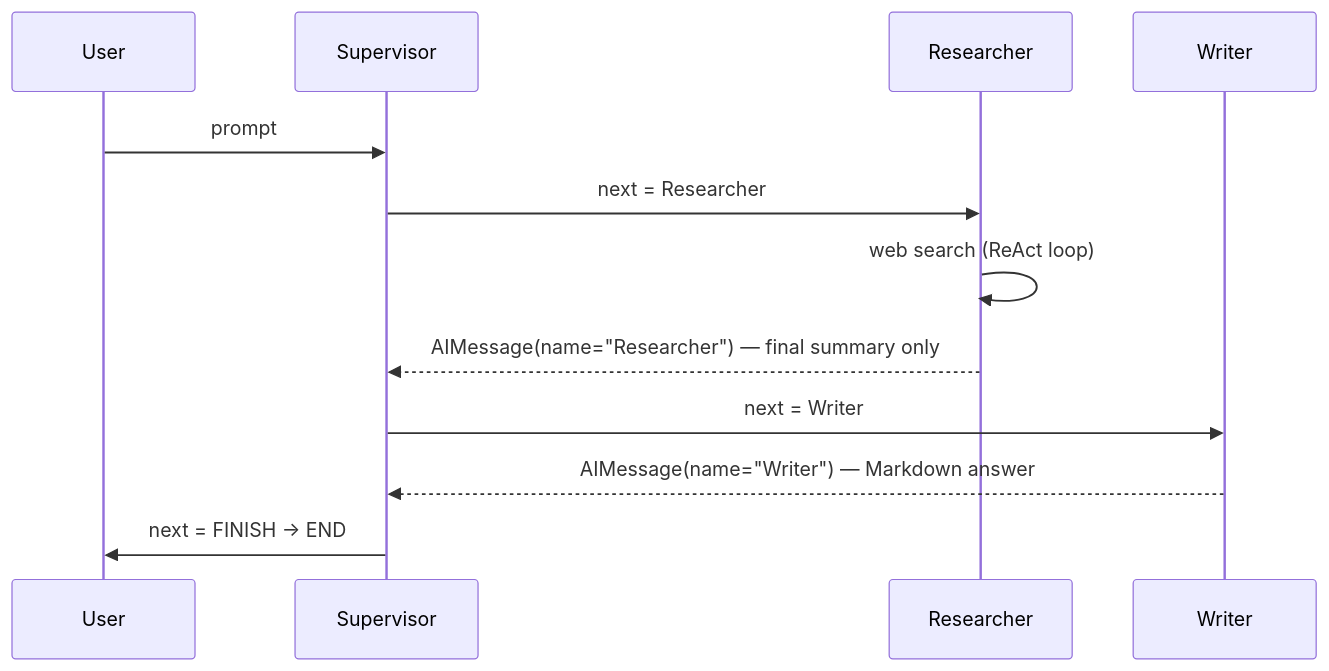
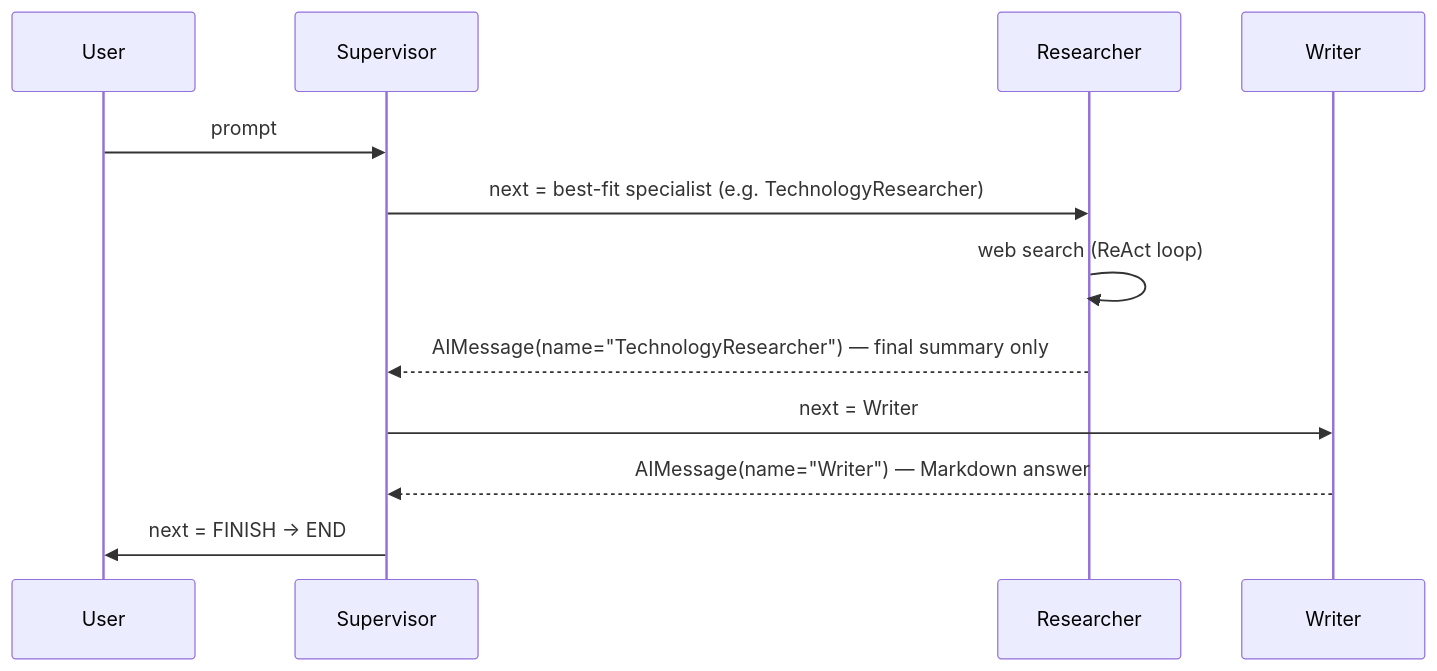
One commit to singamasae/multi-agent-langgraph changed the second of 2 diagrams in docs/architecture.md. Above: the diagram before and after it, drawn with Mermaid. The commit also changed other lines of this file and 18 other files, not shown here.

Commit message:
enhance architecture documentation to include topic specialists, update routing logic, and improve agent definitions

````diff
--- a/docs/architecture.md
+++ b/docs/architecture.md
@@ -81,14 +82,14 @@
 ```mermaid
 sequenceDiagram
     participant U as User
     participant S as Supervisor
     participant R as Researcher
     participant W as Writer
     U->>S: prompt
-    S->>R: next = Researcher
+    S->>R: next = best-fit specialist (e.g. TechnologyResearcher)
     R->>R: web search (ReAct loop)
-    R-->>S: AIMessage(name="Researcher") — final summary only
+    R-->>S: AIMessage(name="TechnologyResearcher") — final summary only
     S->>W: next = Writer
     W-->>S: AIMessage(name="Writer") — Markdown answer
     S->>U: next = FINISH → END
 ```
````
